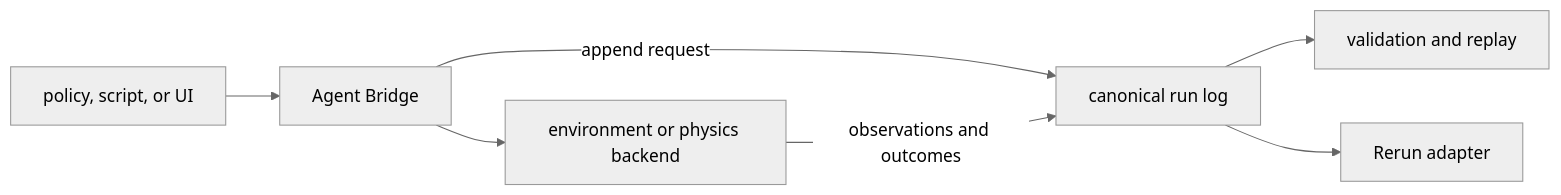
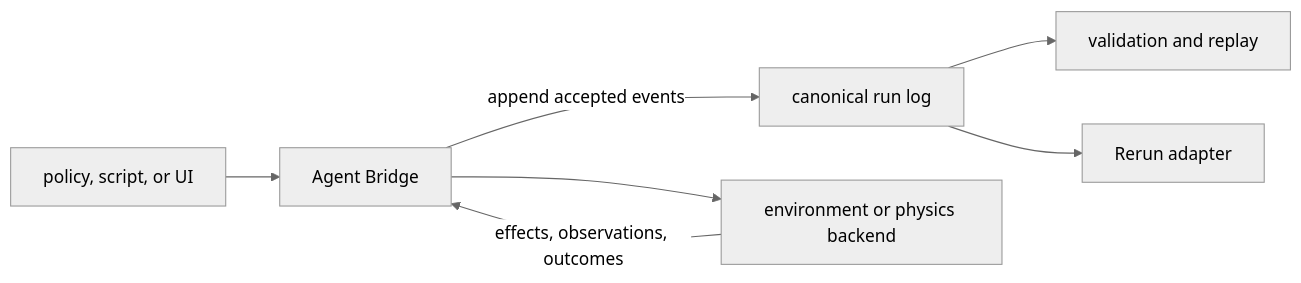
Before and after one commit to sepahead/prisoma: the first of 2 diagrams in ARCHITECTURE.md, drawn with Mermaid (neutral theme). The commit also changed other lines of this file and 60 other files, not shown here.

````diff
--- a/ARCHITECTURE.md
+++ b/ARCHITECTURE.md
@@ -37,9 +40,9 @@
 ```mermaid
 flowchart LR
     Client["policy, script, or UI"] --> Bridge["Agent Bridge"]
-    Bridge -->|append request| Log["canonical run log"]
+    Bridge -->|append accepted events| Log["canonical run log"]
     Bridge --> Backend["environment or physics backend"]
-    Backend -->|observations and outcomes| Log
+    Backend -->|effects, observations, outcomes| Bridge
     Log --> Replay["validation and replay"]
     Log --> Viewer["Rerun adapter"]
 ```
````
